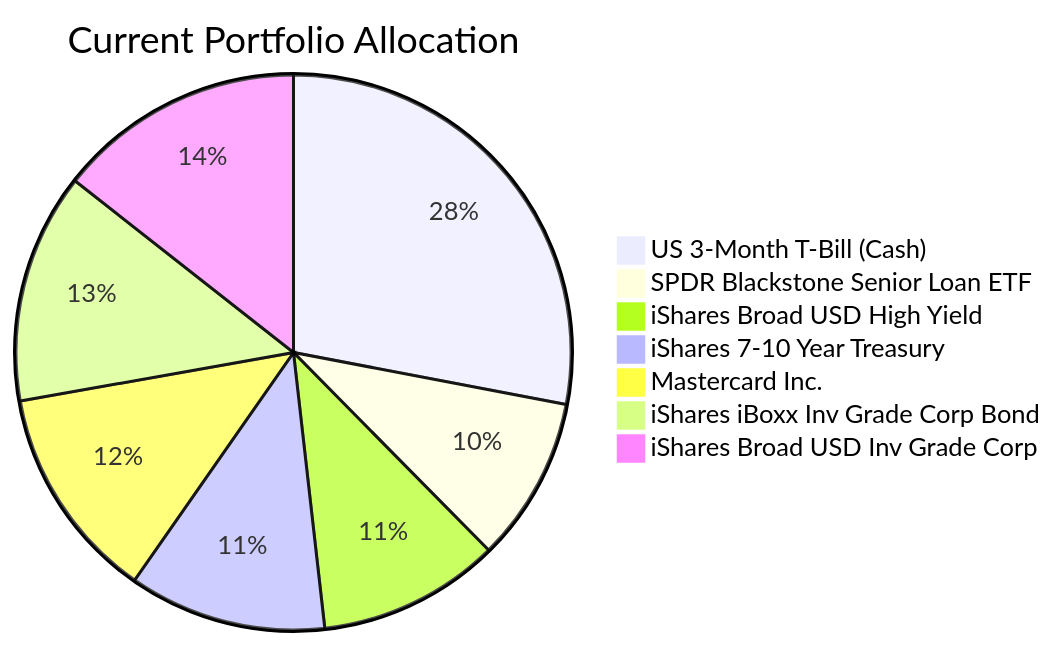
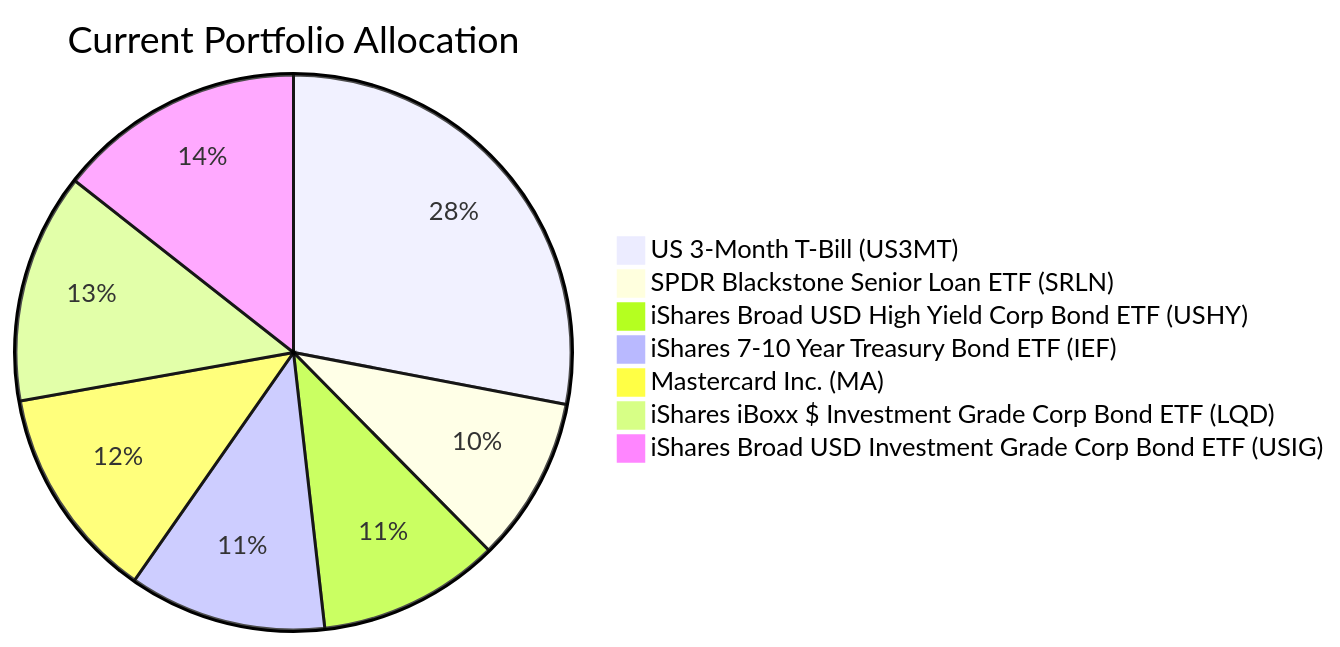
The first of 2 diagrams in docs/sample outputs/client_product_fit_analysis_zw-7.md (roger249/Bot-collaboration), drawn with Mermaid before and after one commit. The commit also changed other lines of this file and 16 other files, not shown here.

````diff
--- a/docs/sample outputs/client_product_fit_analysis_zw-7.md
+++ b/docs/sample outputs/client_product_fit_analysis_zw-7.md
@@ -60,10 +58,10 @@
 ```mermaid
 pie title Current Portfolio Allocation
-    "US 3-Month T-Bill (Cash)" : 28.0
-    "SPDR Blackstone Senior Loan ETF" : 9.6
-    "iShares Broad USD High Yield" : 10.6
-    "iShares 7-10 Year Treasury" : 11.5
-    "Mastercard Inc." : 12.5
-    "iShares iBoxx Inv Grade Corp Bond" : 13.4
-    "iShares Broad USD Inv Grade Corp" : 14.4
+    "US 3-Month T-Bill (US3MT)" : 28
+    "SPDR Blackstone Senior Loan ETF (SRLN)" : 9.6
+    "iShares Broad USD High Yield Corp Bond ETF (USHY)" : 10.6
+    "iShares 7-10 Year Treasury Bond ETF (IEF)" : 11.5
+    "Mastercard Inc. (MA)" : 12.5
+    "iShares iBoxx $ Investment Grade Corp Bond ETF (LQD)" : 13.4
+    "iShares Broad USD Investment Grade Corp Bond ETF (USIG)" : 14.4
 ```
````
